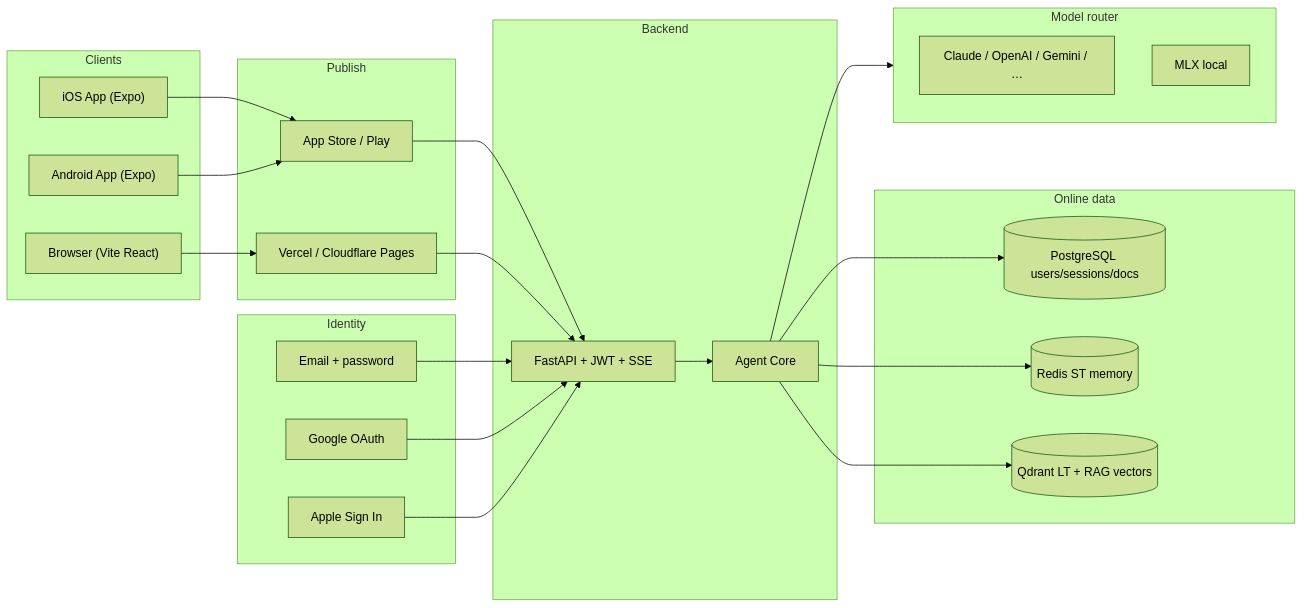
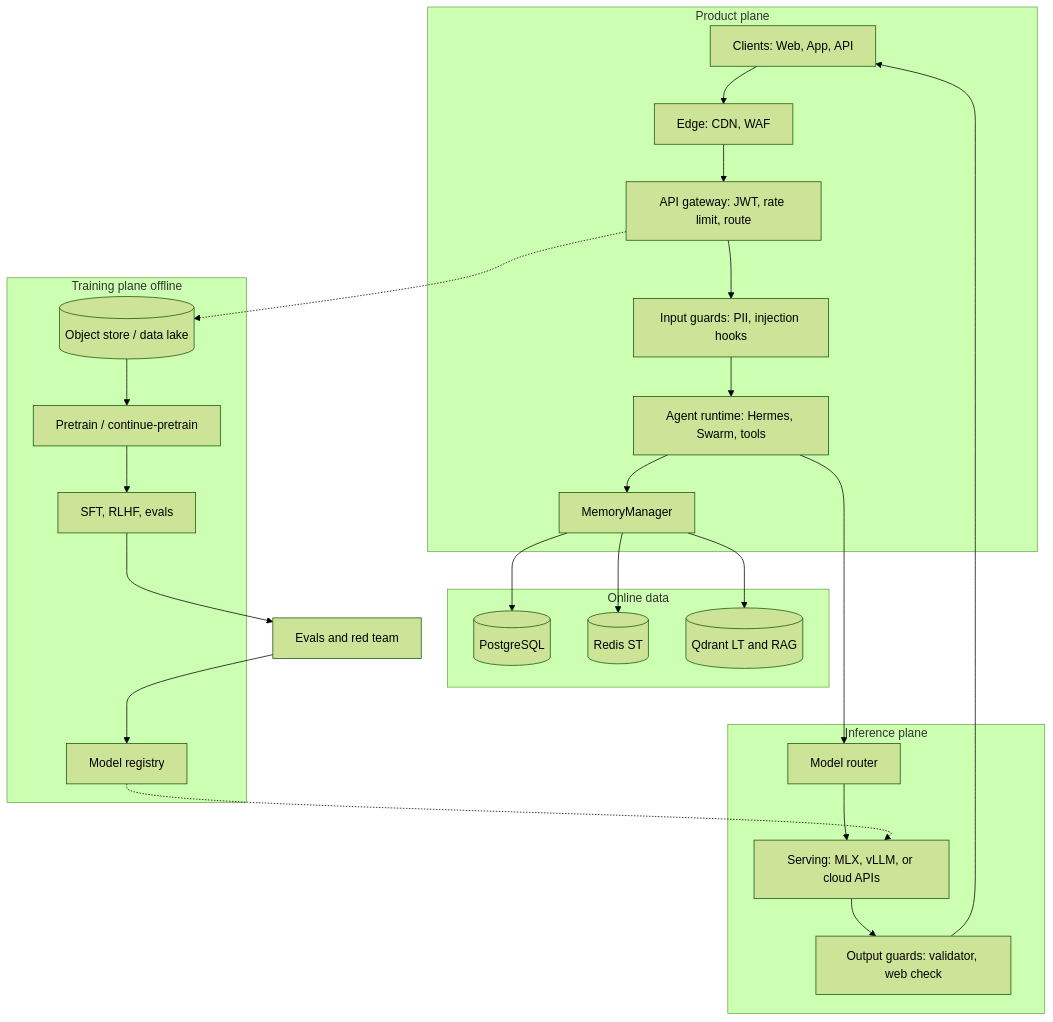
One commit to zxspring21/localAIAgent changed the first of 10 diagrams in docs/ARCHITECTURE.md. Above: the diagram before and after it, drawn with Mermaid (forest theme). The commit also changed other lines of this file and 10 other files, not shown here.

````diff
--- a/docs/ARCHITECTURE.md
+++ b/docs/ARCHITECTURE.md
@@ -21,49 +24,43 @@
 ```mermaid
-flowchart LR
-  subgraph Devices["Clients"]
-    iOS["iOS App (Expo)"]
-    Android["Android App (Expo)"]
-    WebUser["Browser (Vite React)"]
+flowchart TB
+  subgraph Product["Product plane"]
+    C["Clients: Web, App, API"]
+    E["Edge: CDN, WAF"]
+    G["API gateway: JWT, rate limit, route"]
+    IG["Input guards: PII, injection hooks"]
+    AR["Agent runtime: Hermes, Swarm, tools"]
+    MM["MemoryManager"]
   end
 
-  subgraph Stores["Publish"]
-    AppStore["App Store / Play"]
-    CDN["Vercel / Cloudflare Pages"]
-  end
-
-  subgraph API["Backend"]
-    Gateway["FastAPI + JWT + SSE"]
-    AgentCore["Agent Core"]
+  subgraph Inference["Inference plane"]
+    MR["Model router"]
+    SV["Serving: MLX, vLLM, or cloud APIs"]
+    OG["Output guards: validator, web check"]
   end
 
   subgraph Data["Online data"]
-    PG[("PostgreSQL users/sessions/docs")]
-    Redis[("Redis ST memory")]
-    Qdrant[("Qdrant LT + RAG vectors")]
+    PG[("PostgreSQL")]
+    Redis[("Redis ST")]
+    Qd[("Qdrant LT and RAG")]
   end
 
-  subgraph IdP["Identity"]
-    Email["Email + password"]
-    Google["Google OAuth"]
-    Apple["Apple Sign In"]
+  subgraph Train["Training plane offline"]
+    DL[("Object store / data lake")]
+    PRE["Pretrain / continue-pretrain"]
+    POST["SFT, RLHF, evals"]
+    REG["Model registry"]
   end
 
-  subgraph Models["Model router"]
-    Cloud["Claude / OpenAI / Gemini / …"]
-    MLX["MLX local"]
-  end
-
-  iOS --> AppStore
-  Android --> AppStore
-  WebUser --> CDN
-  AppStore --> Gateway
-  CDN --> Gateway
-  Email --> Gateway
-  Google --> Gateway
-  Apple --> Gateway
-  Gateway --> AgentCore
-  AgentCore --> Models
-  AgentCore --> PG
-  AgentCore --> Redis
-  AgentCore --> Qdrant
+  C --> E --> G --> IG --> AR
+  AR --> MM
+  MM --> PG
+  MM --> Redis
+  MM --> Qd
+  AR --> MR --> SV --> OG
+  OG --> C
+  REG -.-> SV
+  G -.-> DL
+  POST --> EV["Evals and red team"]
+  EV --> REG
+  DL --> PRE --> POST
 ```
````
